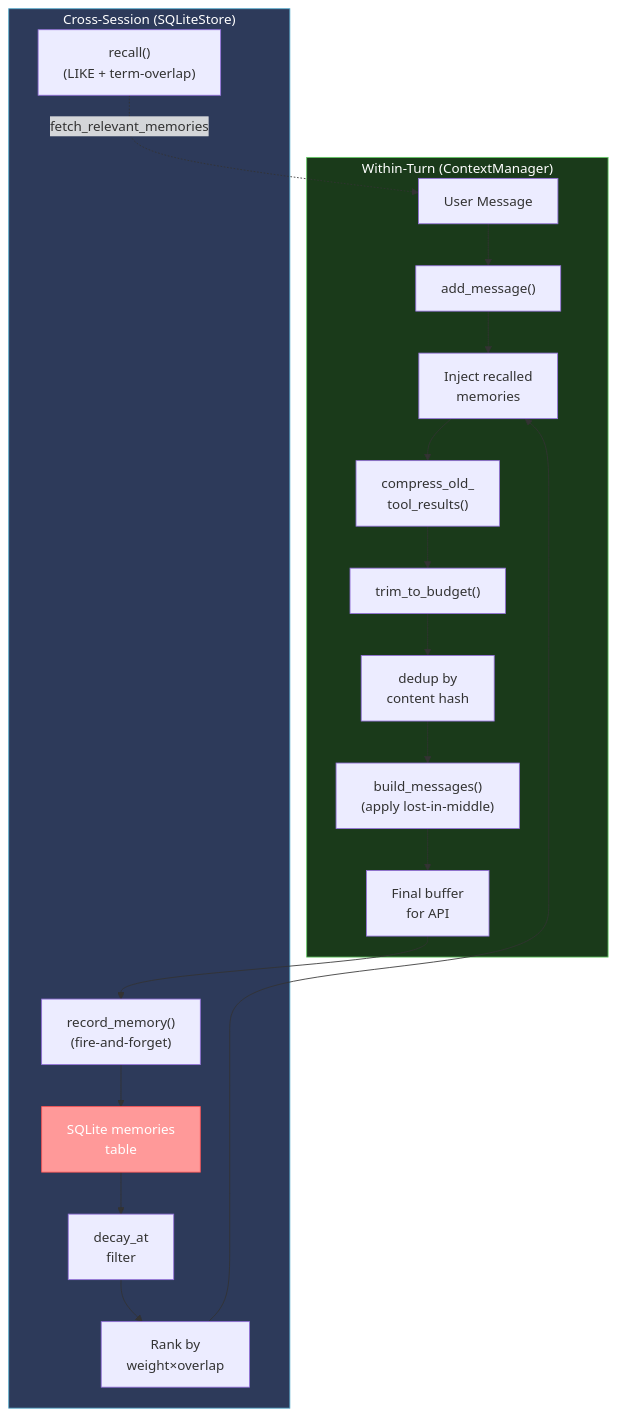
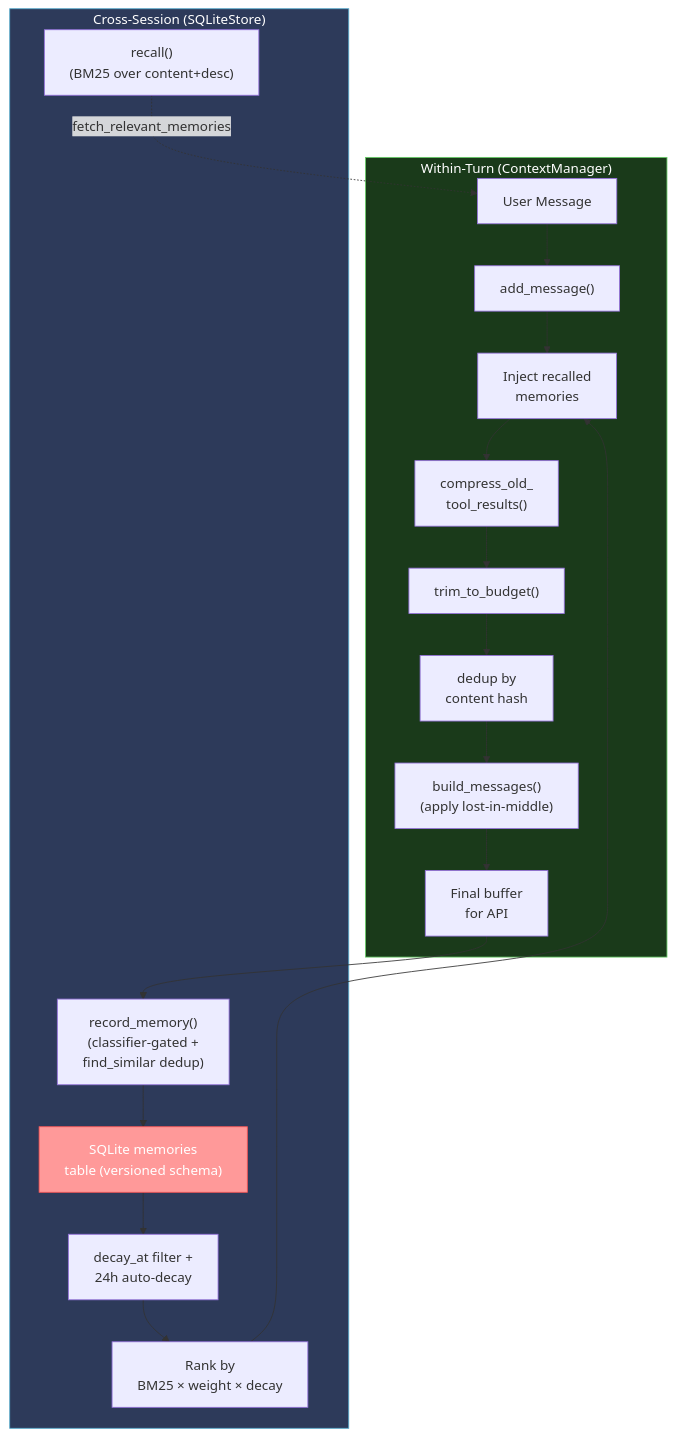
Before and after one commit to wojciechkpl/hone: the third of 3 diagrams in docs/architecture/multi-agent-and-memory.md, drawn with Mermaid. The commit also changed other lines of this file and 4 other files, not shown here.

First line of the commit message:
docs(memory): refresh tutorial, architecture, README, and CHANGELOG for R1–R12

````diff
--- a/docs/architecture/multi-agent-and-memory.md
+++ b/docs/architecture/multi-agent-and-memory.md
@@ -253,41 +260,41 @@
 ```mermaid
 graph TB
     subgraph InTurn["Within-Turn (ContextManager)"]
         Input["User Message"]
         AddMsg["add_message()"]
         Inject["Inject recalled<br/>memories"]
         Compress["compress_old_<br/>tool_results()"]
         Trim["trim_to_budget()"]
         Dedup["dedup by<br/>content hash"]
         Build["build_messages()<br/>(apply lost-in-middle)"]
         Output["Final buffer<br/>for API"]
     end
     
     subgraph CrossSession["Cross-Session (SQLiteStore)"]
-        RecordQ["record_memory()<br/>(fire-and-forget)"]
-        MemDB["SQLite memories<br/>table"]
-        Recall["recall()<br/>(LIKE + term-overlap)"]
-        Decay["decay_at<br/>filter"]
-        TopK["Rank by<br/>weight×overlap"]
+        RecordQ["record_memory()<br/>(classifier-gated +<br/>find_similar dedup)"]
+        MemDB["SQLite memories<br/>table (versioned schema)"]
+        Recall["recall()<br/>(BM25 over content+desc)"]
+        Decay["decay_at filter +<br/>24h auto-decay"]
+        TopK["Rank by<br/>BM25 × weight × decay"]
     end
     
     Input --> AddMsg
     AddMsg --> Inject
     Inject --> Compress
     Compress --> Trim
     Trim --> Dedup
     Dedup --> Build
     Build --> Output
     
     Output --> RecordQ
     RecordQ --> MemDB
     
     Recall -.->|fetch_relevant_memories| Input
     MemDB --> Decay
     Decay --> TopK
     TopK --> Inject
     
     style InTurn fill:#1a3a1a,stroke:#6c6,color:#fff
     style CrossSession fill:#2d3a5a,stroke:#5ac,color:#fff
     style MemDB fill:#ff9999,stroke:#f55,color:#fff
 ```
````
